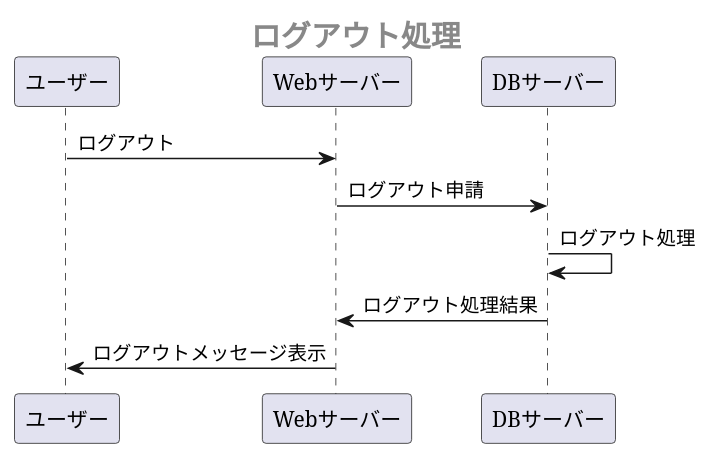
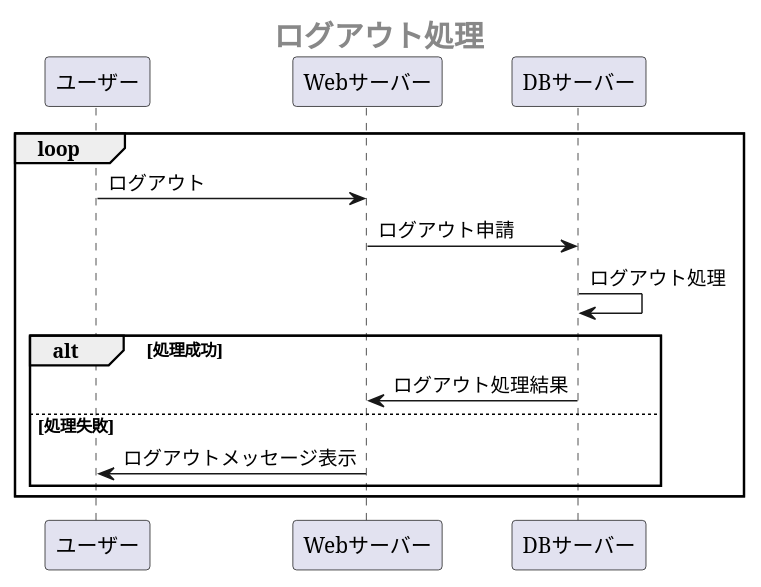
Before and after one commit to Aso2001147/system3: the third of 6 diagrams in 業務フロー図.md, drawn with PlantUML.

````diff
--- a/業務フロー図.md
+++ b/業務フロー図.md
@@ -81,10 +81,15 @@
 ```uml
 @startuml
  center header <size:20><b>ログアウト処理</b></size>
+ loop
   ユーザー -> Webサーバー:ログアウト
   Webサーバー -> DBサーバー:ログアウト申請
   DBサーバー -> DBサーバー:ログアウト処理
-  DBサーバー -> Webサーバー:ログアウト処理結果
-  Webサーバー ->ユーザー:ログアウトメッセージ表示
+  alt 処理成功
+   DBサーバー -> Webサーバー:ログアウト処理結果
+  else 処理失敗
+   Webサーバー ->ユーザー:ログアウトメッセージ表示
+  end
+ end
 @enduml
 ```
````
